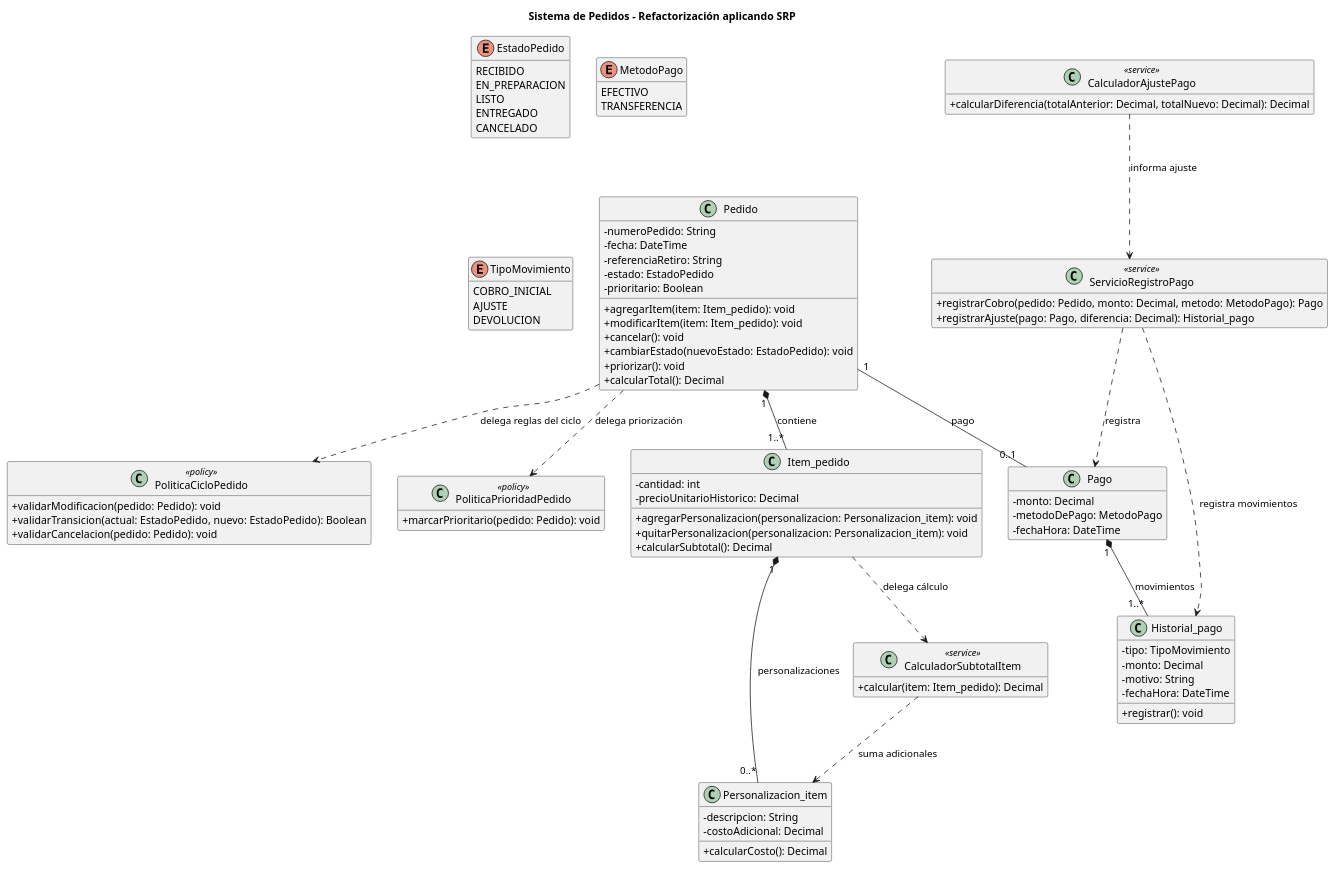
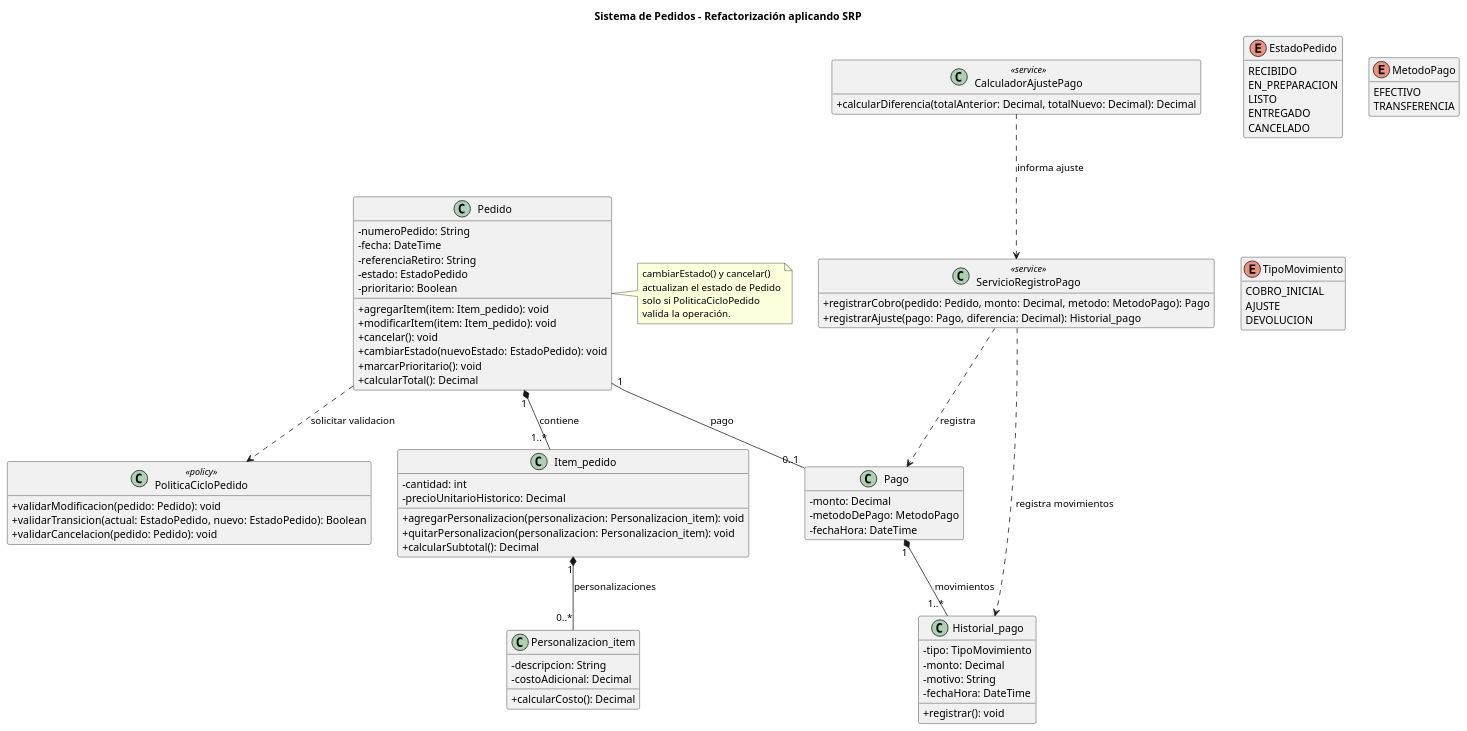
One commit to eloeyhe/SistemaPedidos changed the diagram in diagramas/01-diagrama-clases/01-solid-01-srp.puml. Above: the diagram before and after it, drawn with PlantUML. The commit also changed 3 other files, not shown here.

Commit message:
creo rama fix con correcciones de pulido sobre el diagrama srp

```diff
--- a/diagramas/01-diagrama-clases/01-solid-01-srp.puml
+++ b/diagramas/01-diagrama-clases/01-solid-01-srp.puml
@@ -1,107 +1,104 @@
 @startuml
 title Sistema de Pedidos - Refactorización aplicando SRP
 
 skinparam classAttributeIconSize 0
 hide empty members
 
 class Pedido {
   - numeroPedido: String
   - fecha: DateTime
   - referenciaRetiro: String
   - estado: EstadoPedido
   - prioritario: Boolean
   + agregarItem(item: Item_pedido): void
   + modificarItem(item: Item_pedido): void
   + cancelar(): void
   + cambiarEstado(nuevoEstado: EstadoPedido): void
-  + priorizar(): void
+  + marcarPrioritario(): void
   + calcularTotal(): Decimal
 }
 
 class Item_pedido {
   - cantidad: int
   - precioUnitarioHistorico: Decimal
   + agregarPersonalizacion(personalizacion: Personalizacion_item): void
   + quitarPersonalizacion(personalizacion: Personalizacion_item): void
   + calcularSubtotal(): Decimal
 }
 
 class Personalizacion_item {
   - descripcion: String
   - costoAdicional: Decimal
   + calcularCosto(): Decimal
 }
 
 class Pago {
   - monto: Decimal
   - metodoDePago: MetodoPago
   - fechaHora: DateTime
 }
 
 class Historial_pago {
   - tipo: TipoMovimiento
   - monto: Decimal
   - motivo: String
   - fechaHora: DateTime
   + registrar(): void
 }
 
 class PoliticaCicloPedido <<policy>> {
   + validarModificacion(pedido: Pedido): void
   + validarTransicion(actual: EstadoPedido, nuevo: EstadoPedido): Boolean
   + validarCancelacion(pedido: Pedido): void
 }
 
-class PoliticaPrioridadPedido <<policy>> {
-  + marcarPrioritario(pedido: Pedido): void
-}
-
 class ServicioRegistroPago <<service>> {
   + registrarCobro(pedido: Pedido, monto: Decimal, metodo: MetodoPago): Pago
   + registrarAjuste(pago: Pago, diferencia: Decimal): Historial_pago
 }
 
 class CalculadorAjustePago <<service>> {
   + calcularDiferencia(totalAnterior: Decimal, totalNuevo: Decimal): Decimal
-}
-
-class CalculadorSubtotalItem <<service>> {
-  + calcular(item: Item_pedido): Decimal
 }
 
 enum EstadoPedido {
   RECIBIDO
   EN_PREPARACION
   LISTO
   ENTREGADO
   CANCELADO
 }
 
 enum MetodoPago {
   EFECTIVO
   TRANSFERENCIA
 }
 
 enum TipoMovimiento {
   COBRO_INICIAL
   AJUSTE
   DEVOLUCION
 }
 
 Pedido "1" *-- "1..*" Item_pedido : contiene
 Item_pedido "1" *-- "0..*" Personalizacion_item : personalizaciones
 Pedido "1" -- "0..1" Pago : pago
 Pago "1" *-- "1..*" Historial_pago : movimientos
 
-Pedido ..> PoliticaCicloPedido : delega reglas del ciclo
-Pedido ..> PoliticaPrioridadPedido : delega priorización
-Item_pedido ..> CalculadorSubtotalItem : delega cálculo
-CalculadorSubtotalItem ..> Personalizacion_item : suma adicionales
+Pedido ..> PoliticaCicloPedido : solicitar validacion
+
+  note right of Pedido
+  cambiarEstado() y cancelar()
+  actualizan el estado de Pedido
+  solo si PoliticaCicloPedido
+  valida la operación.
+  end note
+
 ServicioRegistroPago ..> Pago : registra
 ServicioRegistroPago ..> Historial_pago : registra movimientos
 CalculadorAjustePago ..> ServicioRegistroPago : informa ajuste
 
 
 
 
 @enduml
```
